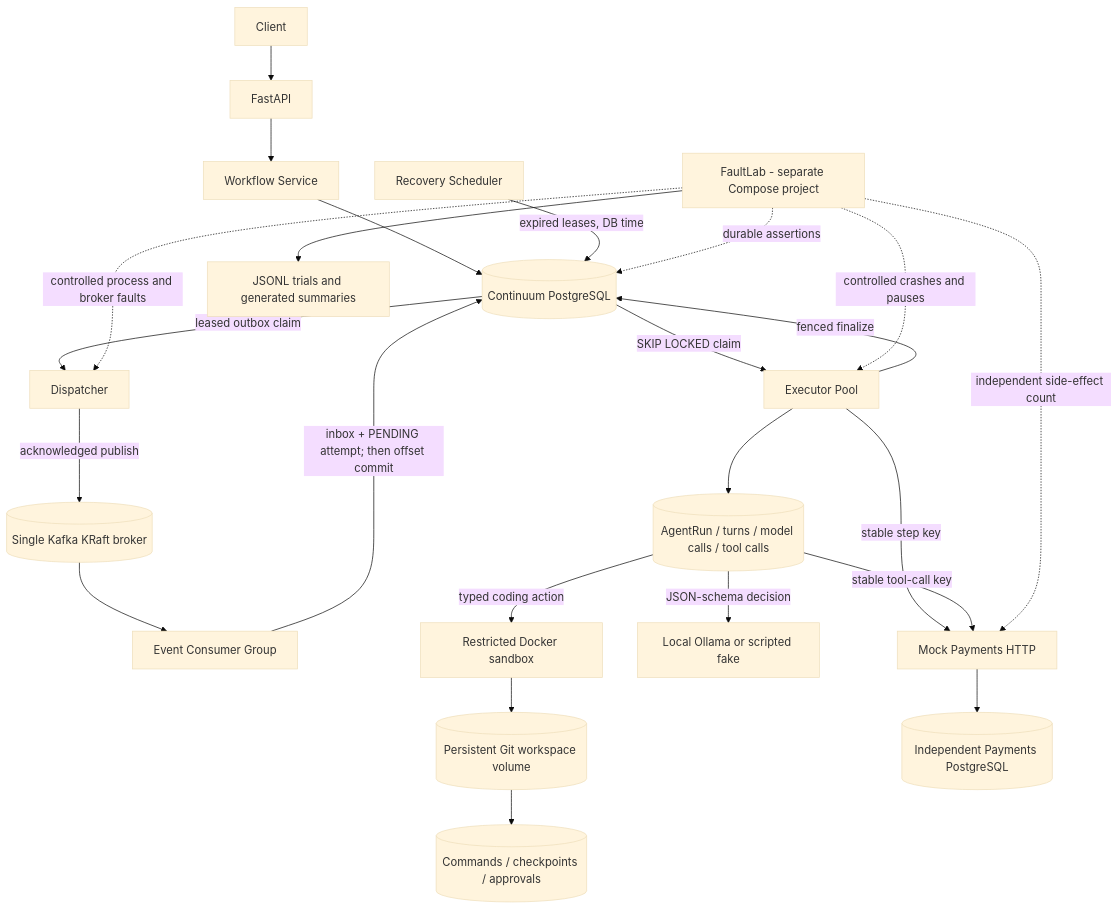
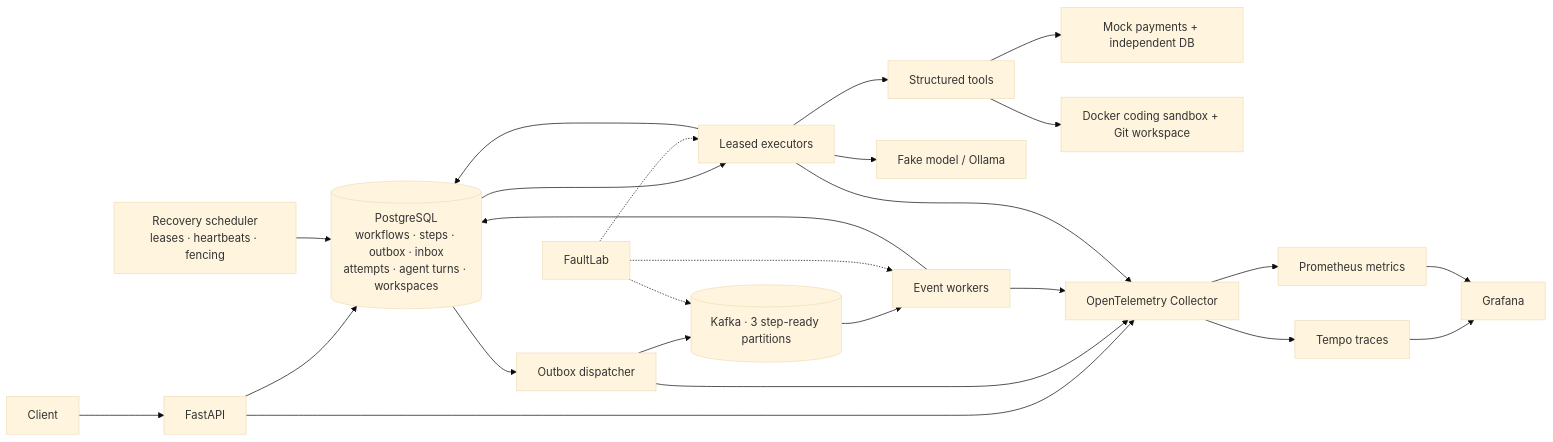
One commit to patelanush/Continuum changed the diagram in README.md. Above: the diagram before and after it, drawn with Mermaid (base theme). The commit also changed other lines of this file and 17 other files, not shown here.

Commit message:
Finalize scaling benchmarks and project polish

````diff
--- a/README.md
+++ b/README.md
@@ -32,26 +9,27 @@
 ```mermaid
-flowchart TD
+flowchart LR
     Client --> API[FastAPI]
-    API --> WS[Workflow Service]
-    WS --> PG[(Continuum PostgreSQL)]
-    PG -->|leased outbox claim| D[Dispatcher]
-    D -->|acknowledged publish| K[(Single Kafka KRaft broker)]
-    K --> C[Event Consumer Group]
-    C -->|inbox + PENDING attempt; then offset commit| PG
-    PG -->|SKIP LOCKED claim| E[Executor Pool]
-    E -->|stable step key| M[Mock Payments HTTP]
-    E --> AR[(AgentRun / turns / model calls / tool calls)]
-    AR -->|JSON-schema decision| O[Local Ollama or scripted fake]
-    AR -->|stable tool-call key| M
-    AR -->|typed coding action| SB[Restricted Docker sandbox]
-    SB --> WV[(Persistent Git workspace volume)]
-    WV --> CP[(Commands / checkpoints / approvals)]
-    M --> MP[(Independent Payments PostgreSQL)]
-    E -->|fenced finalize| PG
-    R[Recovery Scheduler] -->|expired leases, DB time| PG
-    F[FaultLab - separate Compose project] -.->|controlled process and broker faults| D
-    F -.->|controlled crashes and pauses| E
-    F -.->|durable assertions| PG
-    F -.->|independent side-effect count| M
-    F --> A[JSONL trials and generated summaries]
+    API --> PG[(PostgreSQL<br/>workflows · steps · outbox · inbox<br/>attempts · agent turns · workspaces)]
+    PG --> Dispatcher[Outbox dispatcher]
+    Dispatcher --> Kafka[(Kafka · 3 step-ready partitions)]
+    Kafka --> Workers[Event workers]
+    Workers --> PG
+    PG --> Executors[Leased executors]
+    Executors --> Provider[Fake model / Ollama]
+    Executors --> Tools[Structured tools]
+    Tools --> Payments[Mock payments + independent DB]
+    Tools --> Sandbox[Docker coding sandbox + Git workspace]
+    Executors --> PG
+    Recovery[Recovery scheduler<br/>leases · heartbeats · fencing] --> PG
+    API --> OTel[OpenTelemetry Collector]
+    Dispatcher --> OTel
+    Workers --> OTel
+    Executors --> OTel
+    OTel --> Tempo[Tempo traces]
+    OTel --> Prometheus[Prometheus metrics]
+    Tempo --> Grafana[Grafana]
+    Prometheus --> Grafana
+    FaultLab[FaultLab] -.-> Workers
+    FaultLab -.-> Executors
+    FaultLab -.-> Kafka
 ```
````
